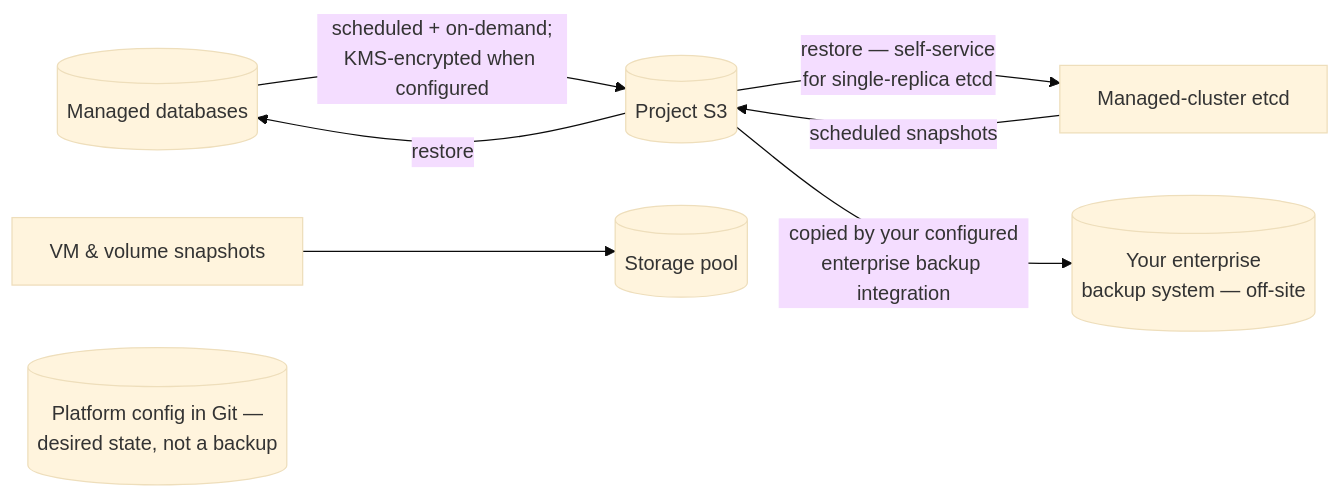
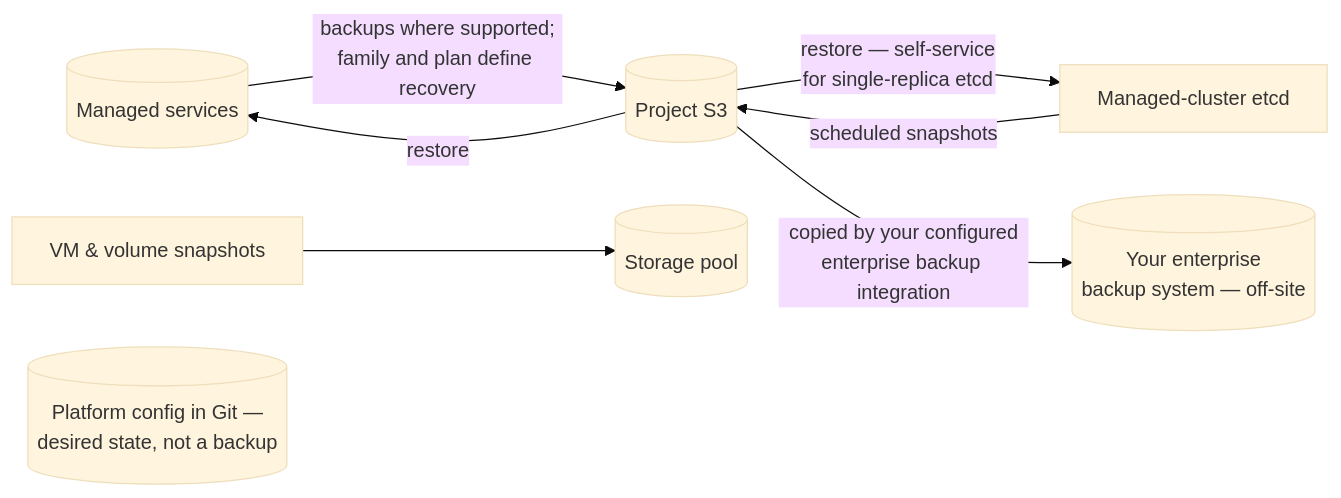
The fourth of 4 diagrams in docs/datasheet/draft-artifact-a-datasheet.md (kube-dc/kube-dc-public), drawn with Mermaid (base theme) before and after one commit. The commit also changed other lines of this file and 60 other files, not shown here.

First line of the commit message:
docs: publish managed services guides, diagrams, and current UI captures

````diff
--- a/docs/datasheet/draft-artifact-a-datasheet.md
+++ b/docs/datasheet/draft-artifact-a-datasheet.md
@@ -365,10 +355,10 @@
 ```mermaid
 flowchart LR
-  DB[("Managed databases")] -- "scheduled + on-demand;<br/>KMS-encrypted when configured" --> S3[("Project S3")]
+  DB[("Managed services")] -- "backups where supported;<br/>family and plan define recovery" --> S3[("Project S3")]
   MK["Managed-cluster etcd"] -- "scheduled snapshots" --> S3
   VOL["VM & volume snapshots"] --> CEPH[("Storage pool")]
   GITC[("Platform config in Git —<br/>desired state, not a backup")]
   S3 -- "restore" --> DB
   S3 -- "restore — self-service<br/>for single-replica etcd" --> MK
   S3 -- "copied by your configured<br/>enterprise backup integration" --> EXT[("Your enterprise<br/>backup system — off-site")]
 ```
````
